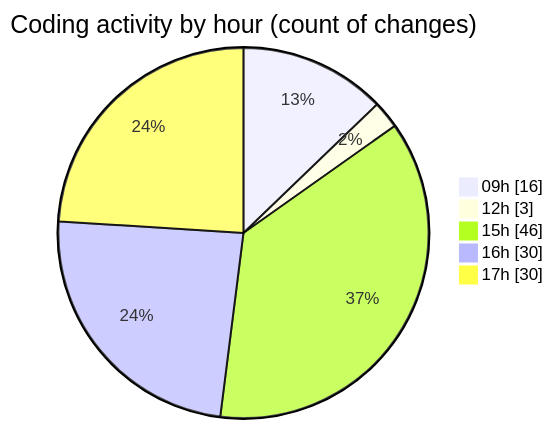
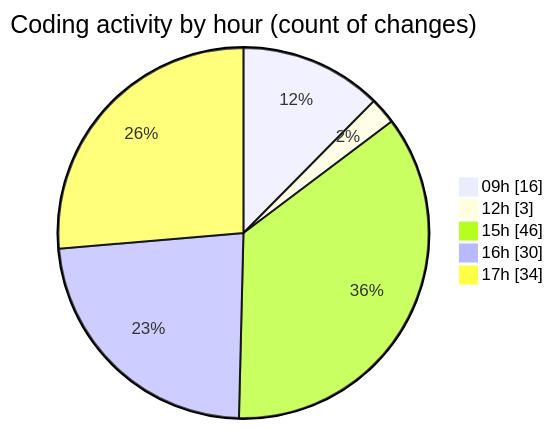
One commit to momahboobian/code-tracking changed the second of 2 diagrams in 2025-07-08/cda/README.md. Above: the diagram before and after it, drawn with Mermaid. The commit also changed other lines of this file and 1 other file, not shown here.

````diff
--- a/2025-07-08/cda/README.md
+++ b/2025-07-08/cda/README.md
@@ -57,9 +57,9 @@
 ```mermaid
 pie showData
 title Coding activity by hour (count of changes)
 "09h" : 16
 "12h" : 3
 "15h" : 46
 "16h" : 30
-"17h" : 30
+"17h" : 34
 ```
````
